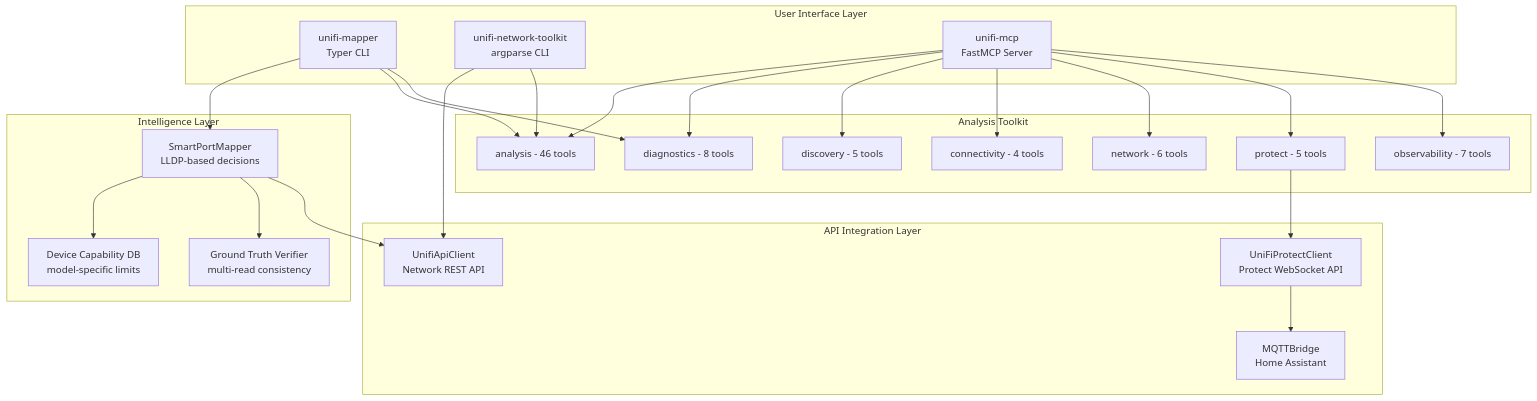
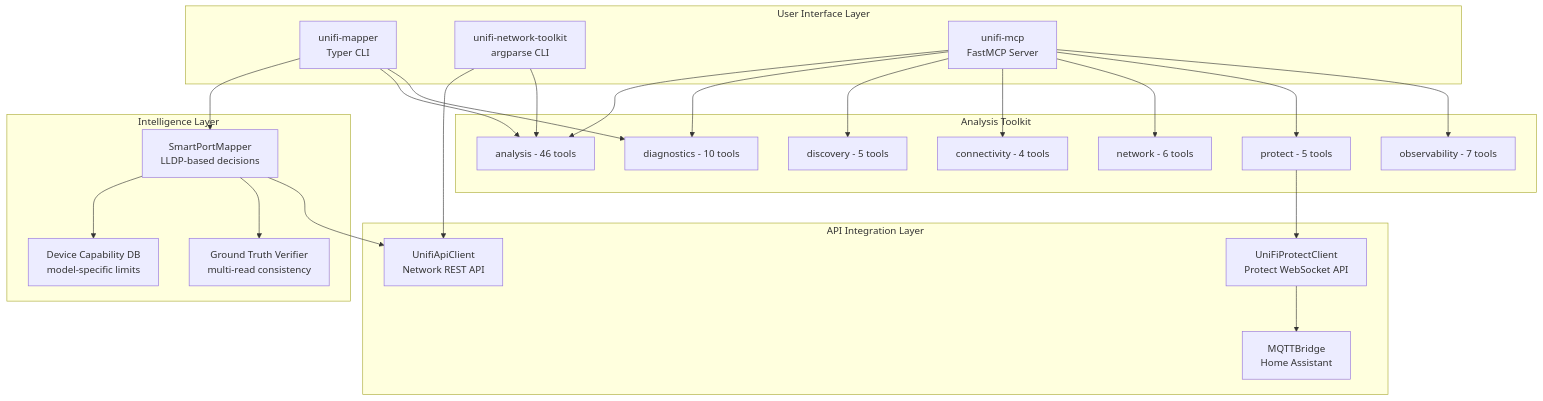
Diagram 20 of 20 in docs/guides/use-cases-and-howto.md (NetDevAutomate/unifi_management_cli), drawn with Mermaid before and after one commit. The commit also changed other lines of this file and 17 other files, not shown here.

````diff
--- a/docs/guides/use-cases-and-howto.md
+++ b/docs/guides/use-cases-and-howto.md
@@ -1821,50 +1843,50 @@
 ```mermaid
 flowchart TB
     subgraph UI["User Interface Layer"]
         A[unifi-mapper<br/>Typer CLI]
         B[unifi-network-toolkit<br/>argparse CLI]
         C[unifi-mcp<br/>FastMCP Server]
     end
 
     subgraph Intel["Intelligence Layer"]
         D[SmartPortMapper<br/>LLDP-based decisions]
         E[Device Capability DB<br/>model-specific limits]
         F[Ground Truth Verifier<br/>multi-read consistency]
     end
 
     subgraph Analysis["Analysis Toolkit"]
         G[analysis - 46 tools]
-        H[diagnostics - 8 tools]
+        H[diagnostics - 10 tools]
         I[discovery - 5 tools]
         J[connectivity - 4 tools]
         K[network - 6 tools]
         L[protect - 5 tools]
         P[observability - 7 tools]
     end
 
     subgraph API["API Integration Layer"]
         M[UnifiApiClient<br/>Network REST API]
         N[UniFiProtectClient<br/>Protect WebSocket API]
         O[MQTTBridge<br/>Home Assistant]
     end
 
     A --> D
     A --> G
     A --> H
     B --> M
     B --> G
     C --> G
     C --> H
     C --> I
     C --> J
     C --> K
     C --> L
     C --> P
 
     D --> E
     D --> F
     D --> M
 
     L --> N
     N --> O
 ```
````
